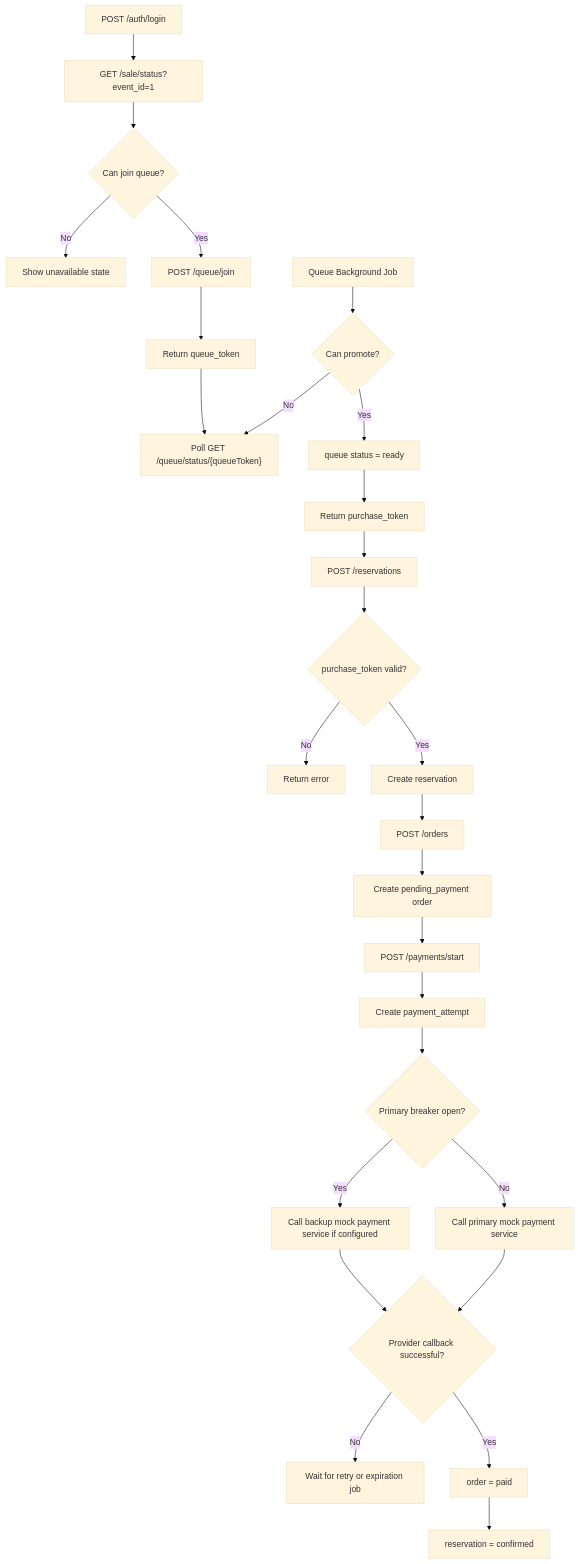
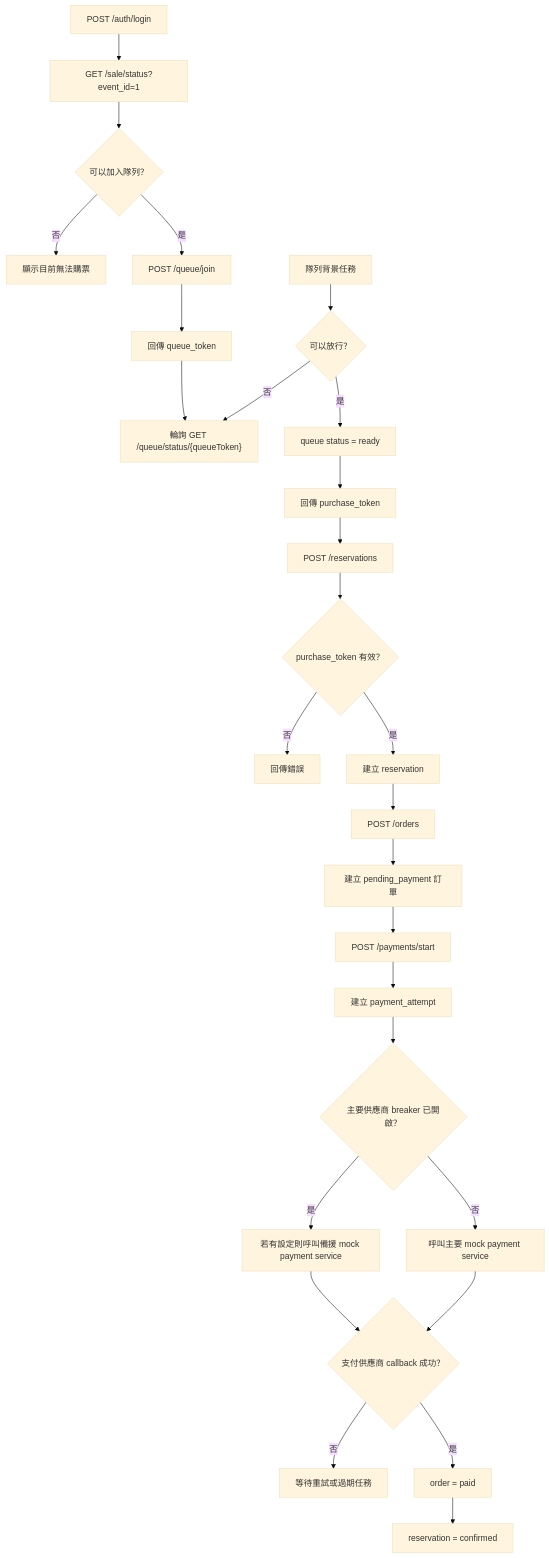
Before and after one commit to austin72905/buy-ticket: the first of 2 diagrams in doc/api-flow.md, drawn with Mermaid (base theme). The commit also changed other lines of this file and 2 other files, not shown here.

````diff
--- a/doc/api-flow.md
+++ b/doc/api-flow.md
@@ -38,29 +38,29 @@
 ```mermaid
 flowchart TD
     A["POST /auth/login"] --> B["GET /sale/status?event_id=1"]
-    B --> C{"Can join queue?"}
-    C -- "No" --> X["Show unavailable state"]
-    C -- "Yes" --> D["POST /queue/join"]
-    D --> E["Return queue_token"]
-    E --> F["Poll GET /queue/status/{queueToken}"]
-    W["Queue Background Job"] --> G{"Can promote?"}
-    G -- "No" --> F
-    G -- "Yes" --> H["queue status = ready"]
-    H --> I["Return purchase_token"]
+    B --> C{"可以加入隊列？"}
+    C -- "否" --> X["顯示目前無法購票"]
+    C -- "是" --> D["POST /queue/join"]
+    D --> E["回傳 queue_token"]
+    E --> F["輪詢 GET /queue/status/{queueToken}"]
+    W["隊列背景任務"] --> G{"可以放行？"}
+    G -- "否" --> F
+    G -- "是" --> H["queue status = ready"]
+    H --> I["回傳 purchase_token"]
     I --> J["POST /reservations"]
-    J --> K{"purchase_token valid?"}
-    K -- "No" --> Y["Return error"]
-    K -- "Yes" --> L["Create reservation"]
+    J --> K{"purchase_token 有效？"}
+    K -- "否" --> Y["回傳錯誤"]
+    K -- "是" --> L["建立 reservation"]
     L --> M["POST /orders"]
-    M --> N["Create pending_payment order"]
+    M --> N["建立 pending_payment 訂單"]
     N --> O["POST /payments/start"]
-    O --> P["Create payment_attempt"]
-    P --> V{"Primary breaker open?"}
-    V -- "No" --> Q["Call primary mock payment service"]
-    V -- "Yes" --> Z["Call backup mock payment service if configured"]
+    O --> P["建立 payment_attempt"]
+    P --> V{"主要供應商 breaker 已開啟？"}
+    V -- "否" --> Q["呼叫主要 mock payment service"]
+    V -- "是" --> Z["若有設定則呼叫備援 mock payment service"]
     Z --> T
-    Q --> T{"Provider callback successful?"}
-    T -- "No" --> U["Wait for retry or expiration job"]
-    T -- "Yes" --> R["order = paid"]
+    Q --> T{"支付供應商 callback 成功？"}
+    T -- "否" --> U["等待重試或過期任務"]
+    T -- "是" --> R["order = paid"]
     R --> S["reservation = confirmed"]
 ```
````
